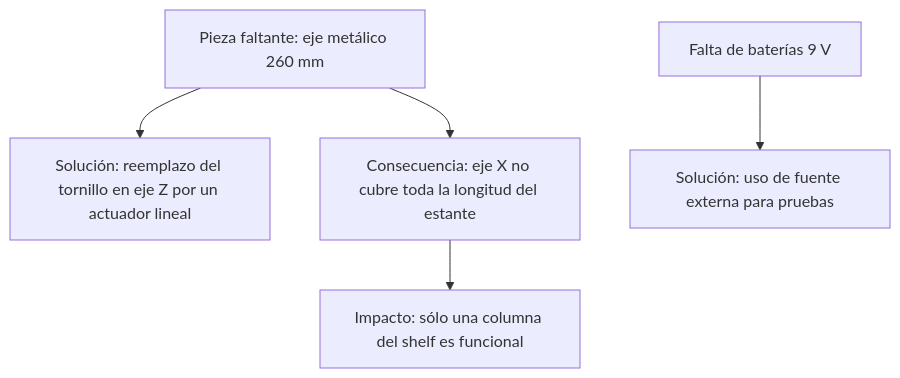
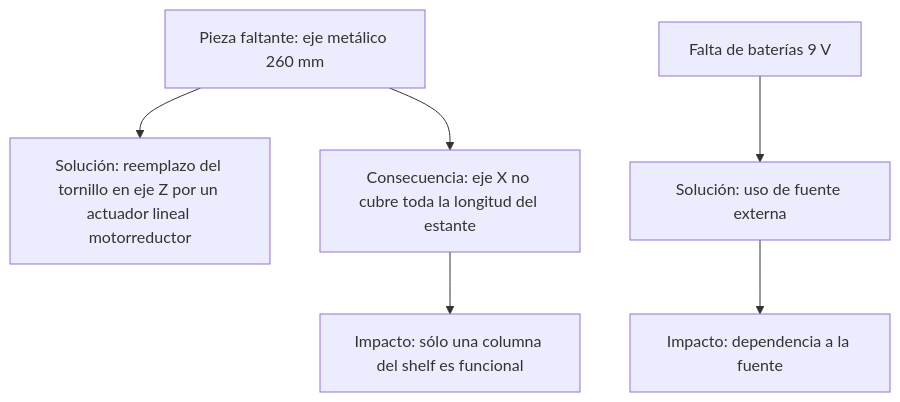
The fourth of 4 diagrams in README.md (SB-312/Proyecto-Intermedio-IIoT), drawn with Mermaid before and after one commit.

````diff
--- a/README.md
+++ b/README.md
@@ -136,8 +136,9 @@
 ```mermaid
 graph TD
-    A[Pieza faltante: eje metálico 260 mm] --> B[Solución: reemplazo del tornillo en eje Z por un actuador lineal]
+    A[Pieza faltante: eje metálico 260 mm] --> B[Solución: reemplazo del tornillo en eje Z por un actuador lineal motorreductor]
     A --> C[Consecuencia: eje X no cubre toda la longitud del estante]
     C --> D[Impacto: sólo una columna del shelf es funcional]
 
-    E[Falta de baterías 9 V] --> F[Solución: uso de fuente externa para pruebas]
+    E[Falta de baterías 9 V] --> F[Solución: uso de fuente externa]
+    F --> G[Impacto: dependencia a la fuente]
 ```
````
